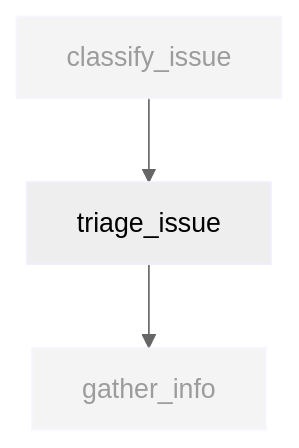
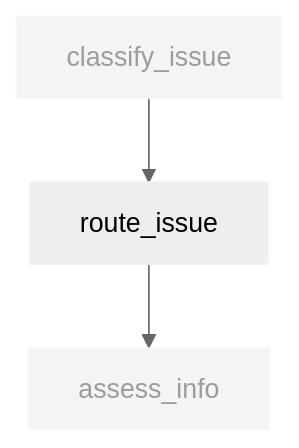
Before and after one commit to dextersjab/agentic-workbench-langgraph: the third of 6 diagrams in backend/src/workflows/support_desk/nodes/README.md, drawn with Mermaid (neutral theme). The commit also changed other lines of this file and 3 other files, not shown here.

````diff
--- a/backend/src/workflows/support_desk/nodes/README.md
+++ b/backend/src/workflows/support_desk/nodes/README.md
@@ -74,10 +73,10 @@
 ```mermaid
 graph TD
-    A[classify_issue] --> B[triage_issue]
-    B --> C[gather_info]
+    A[classify_issue] --> B[route_issue]
+    B --> C[assess_info]
     
     classDef default stroke:#f2f0ff,line-height:1.2
     classDef context opacity:0.6
     
     class A,C context
 ```
````
